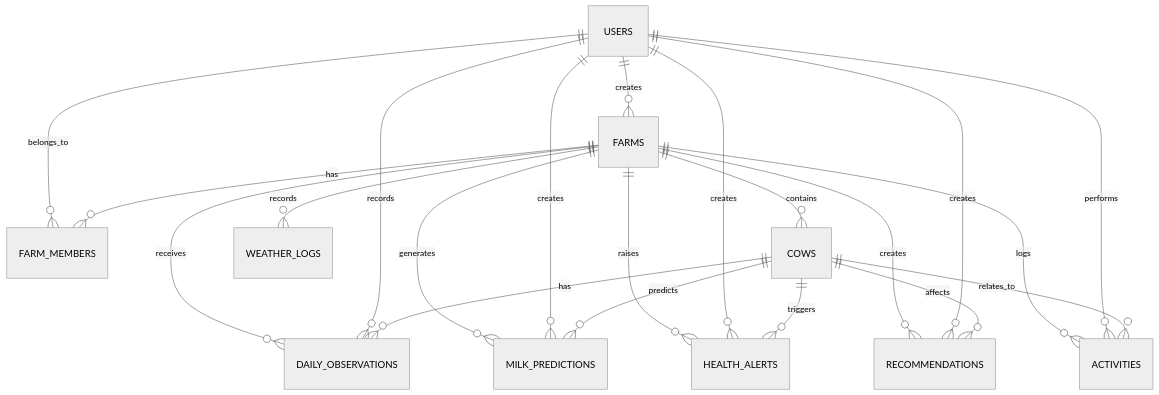
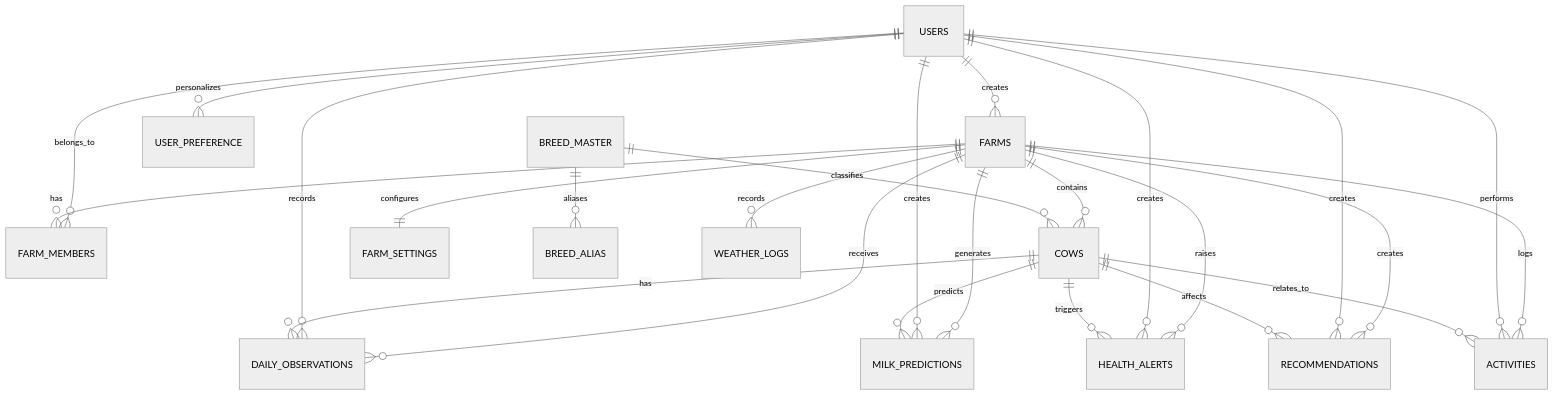
One commit to Sanjana23-is/DairyVision changed the diagram in docs/database/POSTGRESQL_SCHEMA.md. Above: the diagram before and after it, drawn with Mermaid (neutral theme). The commit also changed other lines of this file and 28 other files, not shown here.

````diff
--- a/docs/database/POSTGRESQL_SCHEMA.md
+++ b/docs/database/POSTGRESQL_SCHEMA.md
@@ -783,23 +991,27 @@
 ```mermaid
 erDiagram
     USERS ||--o{ FARMS : creates
     USERS ||--o{ FARM_MEMBERS : belongs_to
     FARMS ||--o{ FARM_MEMBERS : has
     FARMS ||--o{ COWS : contains
+    FARMS ||--|| FARM_SETTINGS : configures
+    USERS ||--o{ USER_PREFERENCE : personalizes
+    BREED_MASTER ||--o{ BREED_ALIAS : aliases
+    BREED_MASTER ||--o{ COWS : classifies
     FARMS ||--o{ DAILY_OBSERVATIONS : receives
     FARMS ||--o{ MILK_PREDICTIONS : generates
     FARMS ||--o{ WEATHER_LOGS : records
     FARMS ||--o{ HEALTH_ALERTS : raises
     FARMS ||--o{ RECOMMENDATIONS : creates
     FARMS ||--o{ ACTIVITIES : logs
     USERS ||--o{ DAILY_OBSERVATIONS : records
     USERS ||--o{ MILK_PREDICTIONS : creates
     USERS ||--o{ HEALTH_ALERTS : creates
     USERS ||--o{ RECOMMENDATIONS : creates
     USERS ||--o{ ACTIVITIES : performs
     COWS ||--o{ DAILY_OBSERVATIONS : has
     COWS ||--o{ MILK_PREDICTIONS : predicts
     COWS ||--o{ HEALTH_ALERTS : triggers
     COWS ||--o{ RECOMMENDATIONS : affects
     COWS ||--o{ ACTIVITIES : relates_to
 ```
````
